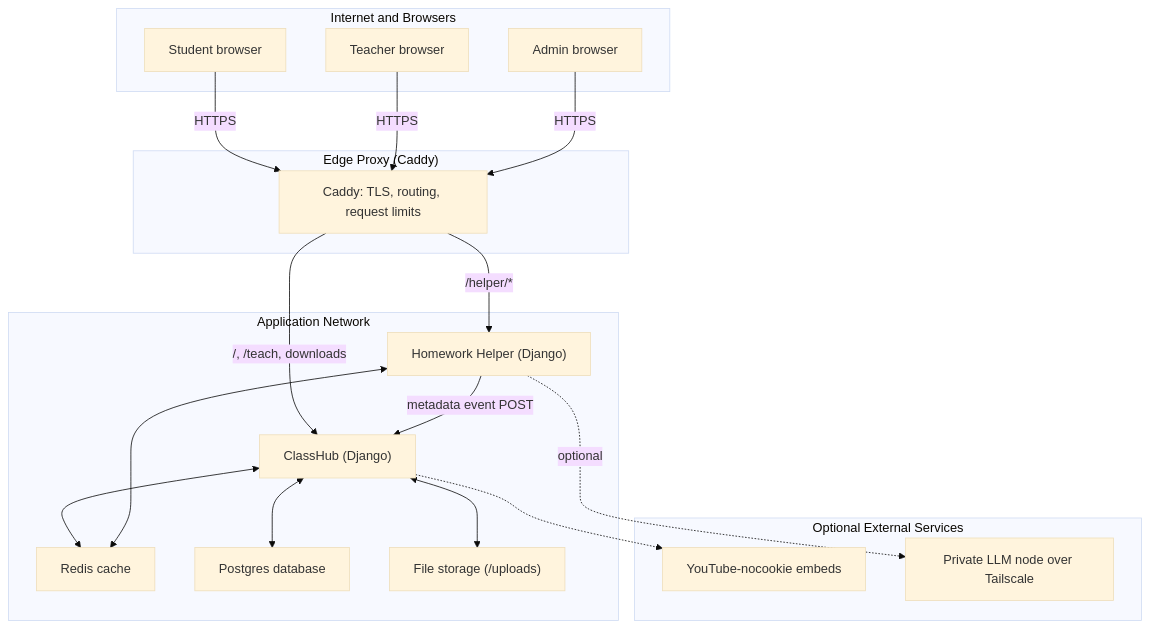
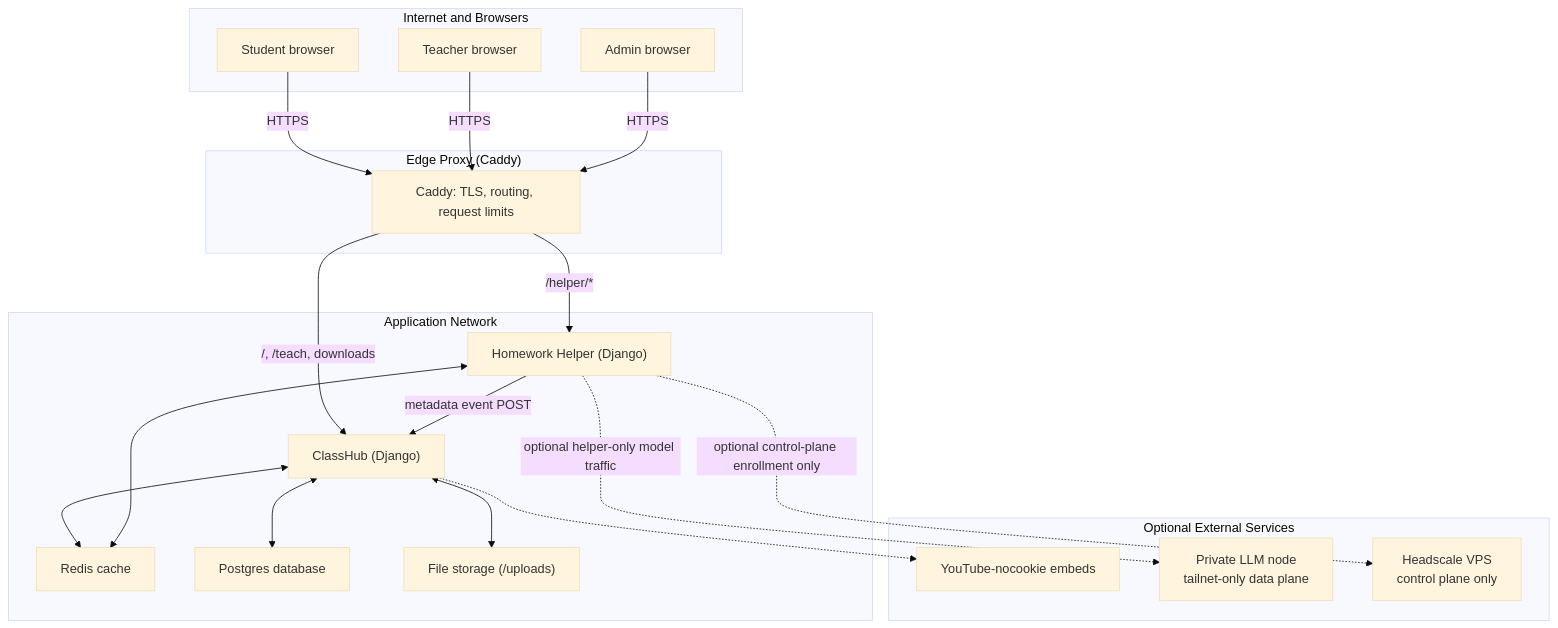
One commit to bseverns/classhub changed the third of 6 diagrams in docs/ARCHITECTURE.md. Above: the diagram before and after it, drawn with Mermaid (base theme). The commit also changed other lines of this file and 51 other files, not shown here.

Commit message:
Harden private helper topology and add bounded remote compute control

````diff
--- a/docs/ARCHITECTURE.md
+++ b/docs/ARCHITECTURE.md
@@ -59,42 +70,44 @@
 ```mermaid
 flowchart TB
   subgraph Z0["Internet and Browsers"]
     S["Student browser"]
     T["Teacher browser"]
     A["Admin browser"]
   end
 
   subgraph Z1["Edge Proxy (Caddy)"]
     C["Caddy: TLS, routing, request limits"]
   end
 
   subgraph Z2["Application Network"]
     CH["ClassHub (Django)"]
     HH["Homework Helper (Django)"]
     R["Redis cache"]
     PG["Postgres database"]
     FS["File storage (/uploads)"]
   end
 
   subgraph Z3["Optional External Services"]
     YT["YouTube-nocookie embeds"]
-    REM["Private LLM node over Tailscale"]
+    REM["Private LLM node<br/>tailnet-only data plane"]
+    HS["Headscale VPS<br/>control plane only"]
   end
 
   S -->|HTTPS| C
   T -->|HTTPS| C
   A -->|HTTPS| C
 
   C -->|/, /teach, downloads| CH
   C -->|/helper/*| HH
 
   CH <--> R
   CH <--> PG
   CH <--> FS
 
   HH <--> R
   HH -->|metadata event POST| CH
 
   CH -.-> YT
-  HH -. optional .-> REM
+  HH -. optional helper-only model traffic .-> REM
+  HH -. optional control-plane enrollment only .-> HS
 ```
````
